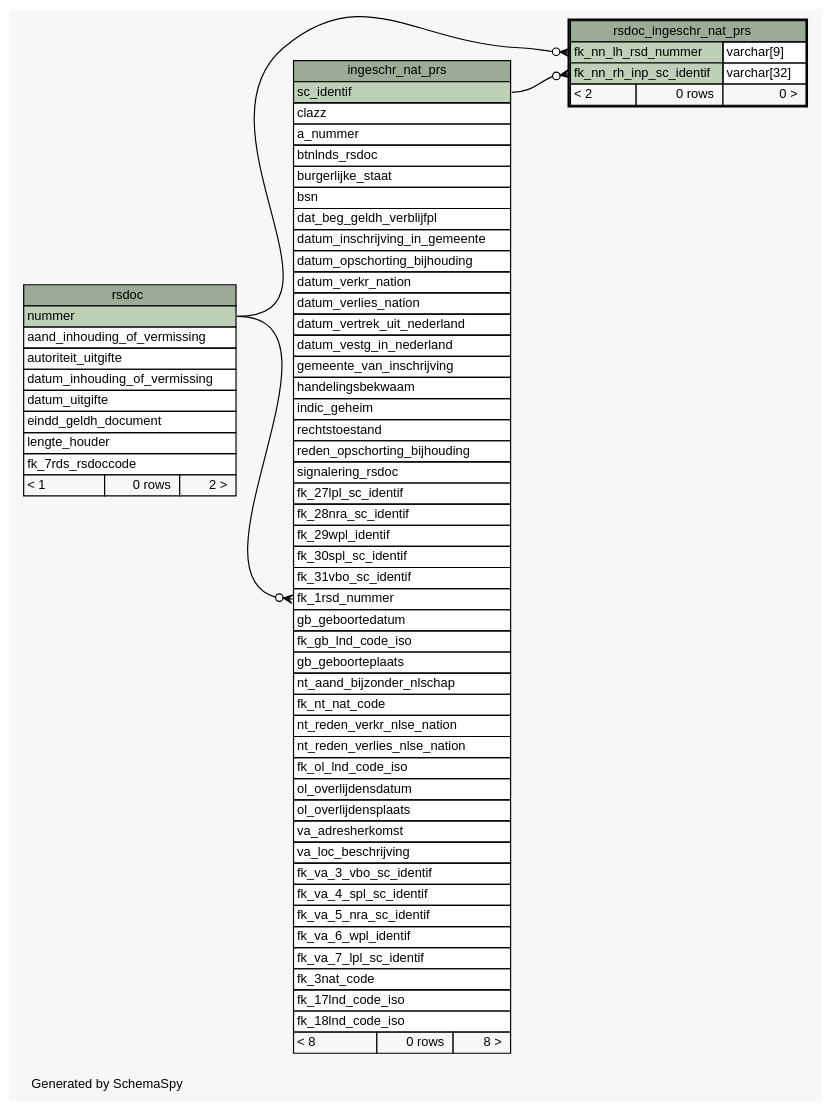
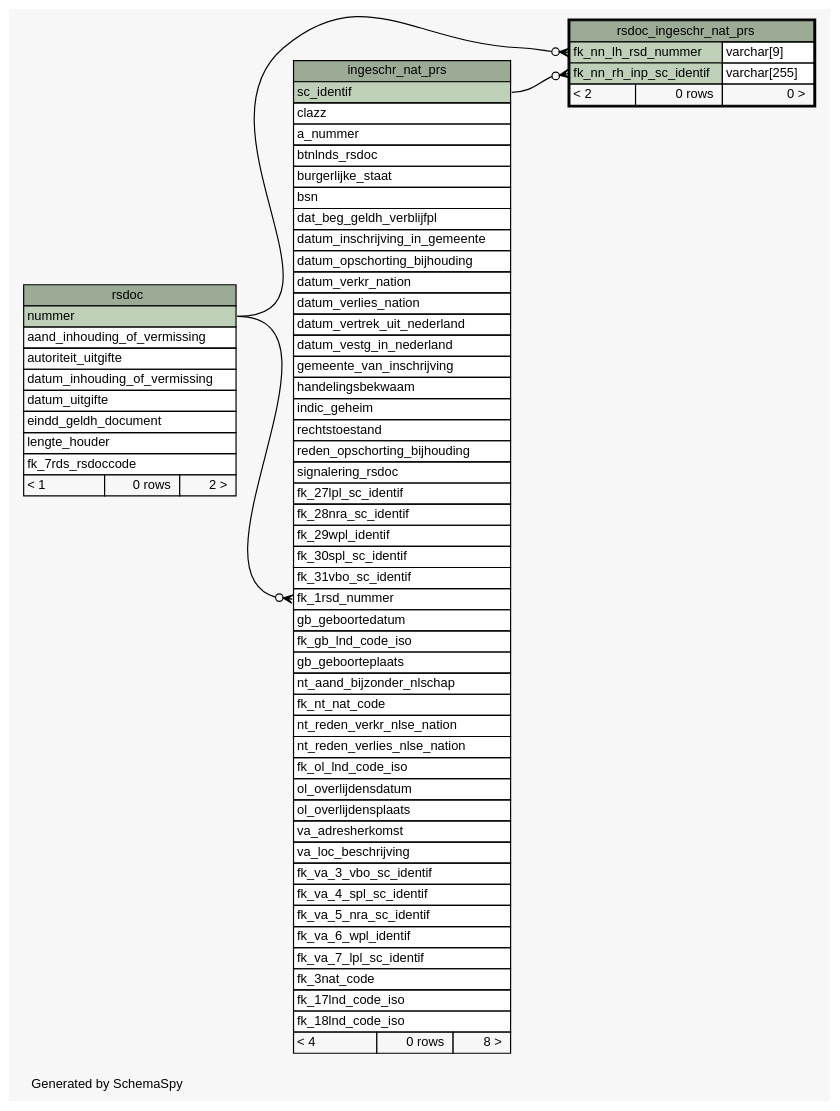
One commit to B3Partners/brmo changed the diagram in datamodel/schemaspy/diagrams/rsdoc_ingeschr_nat_prs.1degree.dot. Above: the diagram before and after it, drawn with Graphviz. The commit also changed 3409 other files, not shown here.

```diff
--- a/datamodel/schemaspy/diagrams/rsdoc_ingeschr_nat_prs.1degree.dot
+++ b/datamodel/schemaspy/diagrams/rsdoc_ingeschr_nat_prs.1degree.dot
@@ -1,107 +1,107 @@
 // dot 2.40.1 on Linux 4.15.0-36-generic
 // SchemaSpy rev Unknown
 digraph "oneDegreeRelationshipsDiagram" {
   graph [
     rankdir="RL"
     bgcolor="#f7f7f7"
     label="\nGenerated by SchemaSpy"
     labeljust="l"
     nodesep="0.18"
     ranksep="0.46"
     fontname="Helvetica"
     fontsize="11"
   ];
   node [
     fontname="Helvetica"
     fontsize="11"
     shape="plaintext"
   ];
   edge [
     arrowsize="0.8"
   ];
   "ingeschr_nat_prs":"fk_1rsd_nummer":w -> "rsdoc":"nummer":e [arrowhead=none dir=back arrowtail=crowodot];
   "rsdoc_ingeschr_nat_prs":"fk_nn_lh_rsd_nummer":w -> "rsdoc":"nummer":e [arrowhead=none dir=back arrowtail=crowodot];
   "rsdoc_ingeschr_nat_prs":"fk_nn_rh_inp_sc_identif":w -> "ingeschr_nat_prs":"sc_identif":e [arrowhead=none dir=back arrowtail=crowodot];
   "ingeschr_nat_prs" [
     label=<
     <TABLE BORDER="0" CELLBORDER="1" CELLSPACING="0" BGCOLOR="#ffffff">
       <TR><TD COLSPAN="3" BGCOLOR="#9bab96" ALIGN="CENTER">ingeschr_nat_prs</TD></TR>
       <TR><TD PORT="sc_identif" COLSPAN="3" BGCOLOR="#bed1b8" ALIGN="LEFT">sc_identif</TD></TR>
       <TR><TD PORT="clazz" COLSPAN="3" ALIGN="LEFT">clazz</TD></TR>
       <TR><TD PORT="a_nummer" COLSPAN="3" ALIGN="LEFT">a_nummer</TD></TR>
       <TR><TD PORT="btnlnds_rsdoc" COLSPAN="3" ALIGN="LEFT">btnlnds_rsdoc</TD></TR>
       <TR><TD PORT="burgerlijke_staat" COLSPAN="3" ALIGN="LEFT">burgerlijke_staat</TD></TR>
       <TR><TD PORT="bsn" COLSPAN="3" ALIGN="LEFT">bsn</TD></TR>
       <TR><TD PORT="dat_beg_geldh_verblijfpl" COLSPAN="3" ALIGN="LEFT">dat_beg_geldh_verblijfpl</TD></TR>
       <TR><TD PORT="datum_inschrijving_in_gemeente" COLSPAN="3" ALIGN="LEFT">datum_inschrijving_in_gemeente</TD></TR>
       <TR><TD PORT="datum_opschorting_bijhouding" COLSPAN="3" ALIGN="LEFT">datum_opschorting_bijhouding</TD></TR>
       <TR><TD PORT="datum_verkr_nation" COLSPAN="3" ALIGN="LEFT">datum_verkr_nation</TD></TR>
       <TR><TD PORT="datum_verlies_nation" COLSPAN="3" ALIGN="LEFT">datum_verlies_nation</TD></TR>
       <TR><TD PORT="datum_vertrek_uit_nederland" COLSPAN="3" ALIGN="LEFT">datum_vertrek_uit_nederland</TD></TR>
       <TR><TD PORT="datum_vestg_in_nederland" COLSPAN="3" ALIGN="LEFT">datum_vestg_in_nederland</TD></TR>
       <TR><TD PORT="gemeente_van_inschrijving" COLSPAN="3" ALIGN="LEFT">gemeente_van_inschrijving</TD></TR>
       <TR><TD PORT="handelingsbekwaam" COLSPAN="3" ALIGN="LEFT">handelingsbekwaam</TD></TR>
       <TR><TD PORT="indic_geheim" COLSPAN="3" ALIGN="LEFT">indic_geheim</TD></TR>
       <TR><TD PORT="rechtstoestand" COLSPAN="3" ALIGN="LEFT">rechtstoestand</TD></TR>
       <TR><TD PORT="reden_opschorting_bijhouding" COLSPAN="3" ALIGN="LEFT">reden_opschorting_bijhouding</TD></TR>
       <TR><TD PORT="signalering_rsdoc" COLSPAN="3" ALIGN="LEFT">signalering_rsdoc</TD></TR>
       <TR><TD PORT="fk_27lpl_sc_identif" COLSPAN="3" ALIGN="LEFT">fk_27lpl_sc_identif</TD></TR>
       <TR><TD PORT="fk_28nra_sc_identif" COLSPAN="3" ALIGN="LEFT">fk_28nra_sc_identif</TD></TR>
       <TR><TD PORT="fk_29wpl_identif" COLSPAN="3" ALIGN="LEFT">fk_29wpl_identif</TD></TR>
       <TR><TD PORT="fk_30spl_sc_identif" COLSPAN="3" ALIGN="LEFT">fk_30spl_sc_identif</TD></TR>
       <TR><TD PORT="fk_31vbo_sc_identif" COLSPAN="3" ALIGN="LEFT">fk_31vbo_sc_identif</TD></TR>
       <TR><TD PORT="fk_1rsd_nummer" COLSPAN="3" ALIGN="LEFT">fk_1rsd_nummer</TD></TR>
       <TR><TD PORT="gb_geboortedatum" COLSPAN="3" ALIGN="LEFT">gb_geboortedatum</TD></TR>
       <TR><TD PORT="fk_gb_lnd_code_iso" COLSPAN="3" ALIGN="LEFT">fk_gb_lnd_code_iso</TD></TR>
       <TR><TD PORT="gb_geboorteplaats" COLSPAN="3" ALIGN="LEFT">gb_geboorteplaats</TD></TR>
       <TR><TD PORT="nt_aand_bijzonder_nlschap" COLSPAN="3" ALIGN="LEFT">nt_aand_bijzonder_nlschap</TD></TR>
       <TR><TD PORT="fk_nt_nat_code" COLSPAN="3" ALIGN="LEFT">fk_nt_nat_code</TD></TR>
       <TR><TD PORT="nt_reden_verkr_nlse_nation" COLSPAN="3" ALIGN="LEFT">nt_reden_verkr_nlse_nation</TD></TR>
       <TR><TD PORT="nt_reden_verlies_nlse_nation" COLSPAN="3" ALIGN="LEFT">nt_reden_verlies_nlse_nation</TD></TR>
       <TR><TD PORT="fk_ol_lnd_code_iso" COLSPAN="3" ALIGN="LEFT">fk_ol_lnd_code_iso</TD></TR>
       <TR><TD PORT="ol_overlijdensdatum" COLSPAN="3" ALIGN="LEFT">ol_overlijdensdatum</TD></TR>
       <TR><TD PORT="ol_overlijdensplaats" COLSPAN="3" ALIGN="LEFT">ol_overlijdensplaats</TD></TR>
       <TR><TD PORT="va_adresherkomst" COLSPAN="3" ALIGN="LEFT">va_adresherkomst</TD></TR>
       <TR><TD PORT="va_loc_beschrijving" COLSPAN="3" ALIGN="LEFT">va_loc_beschrijving</TD></TR>
       <TR><TD PORT="fk_va_3_vbo_sc_identif" COLSPAN="3" ALIGN="LEFT">fk_va_3_vbo_sc_identif</TD></TR>
       <TR><TD PORT="fk_va_4_spl_sc_identif" COLSPAN="3" ALIGN="LEFT">fk_va_4_spl_sc_identif</TD></TR>
       <TR><TD PORT="fk_va_5_nra_sc_identif" COLSPAN="3" ALIGN="LEFT">fk_va_5_nra_sc_identif</TD></TR>
       <TR><TD PORT="fk_va_6_wpl_identif" COLSPAN="3" ALIGN="LEFT">fk_va_6_wpl_identif</TD></TR>
       <TR><TD PORT="fk_va_7_lpl_sc_identif" COLSPAN="3" ALIGN="LEFT">fk_va_7_lpl_sc_identif</TD></TR>
       <TR><TD PORT="fk_3nat_code" COLSPAN="3" ALIGN="LEFT">fk_3nat_code</TD></TR>
       <TR><TD PORT="fk_17lnd_code_iso" COLSPAN="3" ALIGN="LEFT">fk_17lnd_code_iso</TD></TR>
       <TR><TD PORT="fk_18lnd_code_iso" COLSPAN="3" ALIGN="LEFT">fk_18lnd_code_iso</TD></TR>
-      <TR><TD ALIGN="LEFT" BGCOLOR="#f7f7f7">&lt; 8</TD><TD ALIGN="RIGHT" BGCOLOR="#f7f7f7">0 rows</TD><TD ALIGN="RIGHT" BGCOLOR="#f7f7f7">8 &gt;</TD></TR>
+      <TR><TD ALIGN="LEFT" BGCOLOR="#f7f7f7">&lt; 4</TD><TD ALIGN="RIGHT" BGCOLOR="#f7f7f7">0 rows</TD><TD ALIGN="RIGHT" BGCOLOR="#f7f7f7">8 &gt;</TD></TR>
     </TABLE>>
     URL="ingeschr_nat_prs.html"
     tooltip="ingeschr_nat_prs"
   ];
   "rsdoc" [
     label=<
     <TABLE BORDER="0" CELLBORDER="1" CELLSPACING="0" BGCOLOR="#ffffff">
       <TR><TD COLSPAN="3" BGCOLOR="#9bab96" ALIGN="CENTER">rsdoc</TD></TR>
       <TR><TD PORT="nummer" COLSPAN="3" BGCOLOR="#bed1b8" ALIGN="LEFT">nummer</TD></TR>
       <TR><TD PORT="aand_inhouding_of_vermissing" COLSPAN="3" ALIGN="LEFT">aand_inhouding_of_vermissing</TD></TR>
       <TR><TD PORT="autoriteit_uitgifte" COLSPAN="3" ALIGN="LEFT">autoriteit_uitgifte</TD></TR>
       <TR><TD PORT="datum_inhouding_of_vermissing" COLSPAN="3" ALIGN="LEFT">datum_inhouding_of_vermissing</TD></TR>
       <TR><TD PORT="datum_uitgifte" COLSPAN="3" ALIGN="LEFT">datum_uitgifte</TD></TR>
       <TR><TD PORT="eindd_geldh_document" COLSPAN="3" ALIGN="LEFT">eindd_geldh_document</TD></TR>
       <TR><TD PORT="lengte_houder" COLSPAN="3" ALIGN="LEFT">lengte_houder</TD></TR>
       <TR><TD PORT="fk_7rds_rsdoccode" COLSPAN="3" ALIGN="LEFT">fk_7rds_rsdoccode</TD></TR>
       <TR><TD ALIGN="LEFT" BGCOLOR="#f7f7f7">&lt; 1</TD><TD ALIGN="RIGHT" BGCOLOR="#f7f7f7">0 rows</TD><TD ALIGN="RIGHT" BGCOLOR="#f7f7f7">2 &gt;</TD></TR>
     </TABLE>>
     URL="rsdoc.html"
     tooltip="rsdoc"
   ];
   "rsdoc_ingeschr_nat_prs" [
     label=<
     <TABLE BORDER="2" CELLBORDER="1" CELLSPACING="0" BGCOLOR="#ffffff">
       <TR><TD COLSPAN="3" BGCOLOR="#9bab96" ALIGN="CENTER">rsdoc_ingeschr_nat_prs</TD></TR>
       <TR><TD PORT="fk_nn_lh_rsd_nummer" COLSPAN="2" BGCOLOR="#bed1b8" ALIGN="LEFT">fk_nn_lh_rsd_nummer</TD><TD PORT="fk_nn_lh_rsd_nummer.type" ALIGN="LEFT">varchar[9]</TD></TR>
-      <TR><TD PORT="fk_nn_rh_inp_sc_identif" COLSPAN="2" BGCOLOR="#bed1b8" ALIGN="LEFT">fk_nn_rh_inp_sc_identif</TD><TD PORT="fk_nn_rh_inp_sc_identif.type" ALIGN="LEFT">varchar[32]</TD></TR>
+      <TR><TD PORT="fk_nn_rh_inp_sc_identif" COLSPAN="2" BGCOLOR="#bed1b8" ALIGN="LEFT">fk_nn_rh_inp_sc_identif</TD><TD PORT="fk_nn_rh_inp_sc_identif.type" ALIGN="LEFT">varchar[255]</TD></TR>
       <TR><TD ALIGN="LEFT" BGCOLOR="#f7f7f7">&lt; 2</TD><TD ALIGN="RIGHT" BGCOLOR="#f7f7f7">0 rows</TD><TD ALIGN="RIGHT" BGCOLOR="#f7f7f7">0 &gt;</TD></TR>
     </TABLE>>
     URL="rsdoc_ingeschr_nat_prs.html"
     tooltip="rsdoc_ingeschr_nat_prs"
   ];
 }
```
